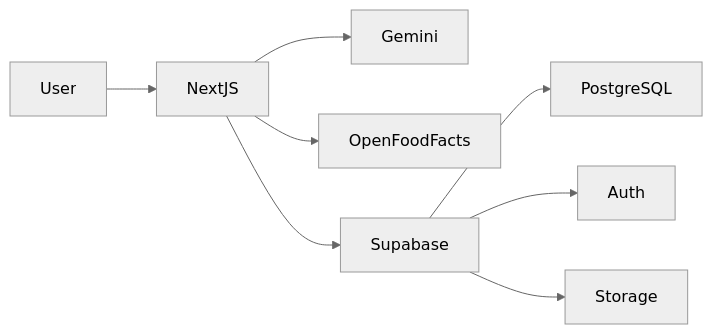
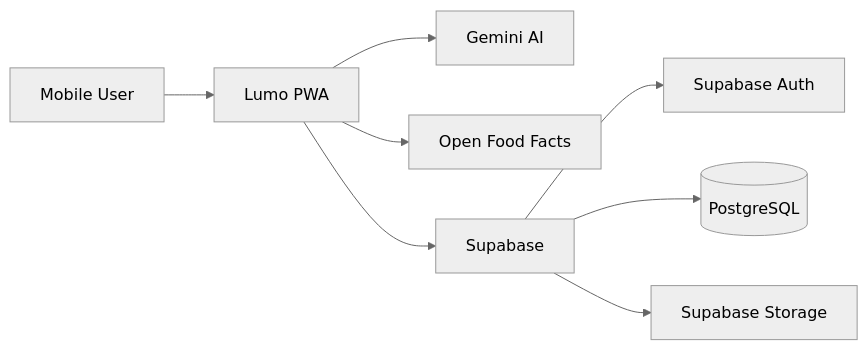
The second of 2 diagrams in README.md (LM141220/calorie-tracker-ai), drawn with Mermaid (neutral theme) before and after one commit. The commit also changed other lines of this file, not shown here.

````diff
--- a/README.md
+++ b/README.md
@@ -136,15 +185,17 @@
 ```mermaid
 flowchart LR
 
-User --> NextJS
+User[Mobile User]
 
-NextJS --> Gemini
+User --> Lumo[Lumo PWA]
 
-NextJS --> OpenFoodFacts
+Lumo --> Gemini[Gemini AI]
 
-NextJS --> Supabase
+Lumo --> OpenFoodFacts[Open Food Facts]
 
-Supabase --> PostgreSQL
-Supabase --> Auth
-Supabase --> Storage
+Lumo --> Supabase
+
+Supabase --> Auth[Supabase Auth]
+Supabase --> DB[(PostgreSQL)]
+Supabase --> Storage[Supabase Storage]
 ```
````
